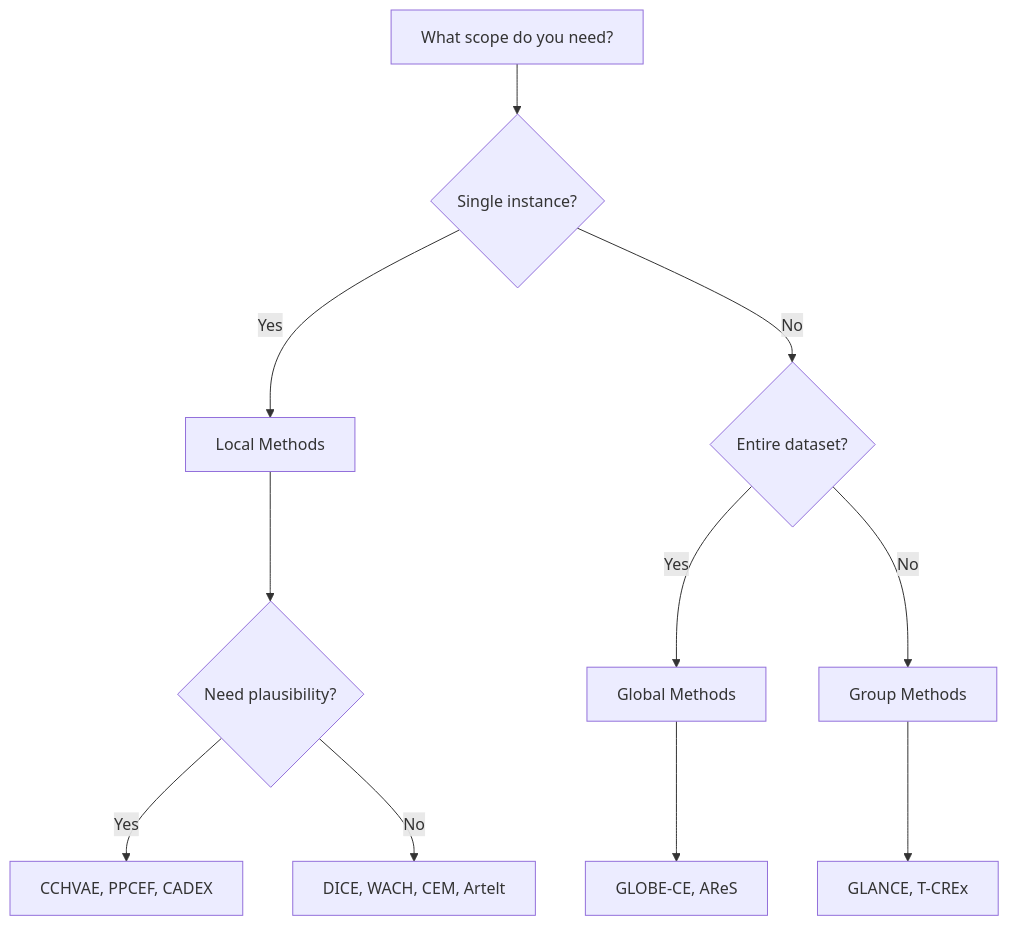
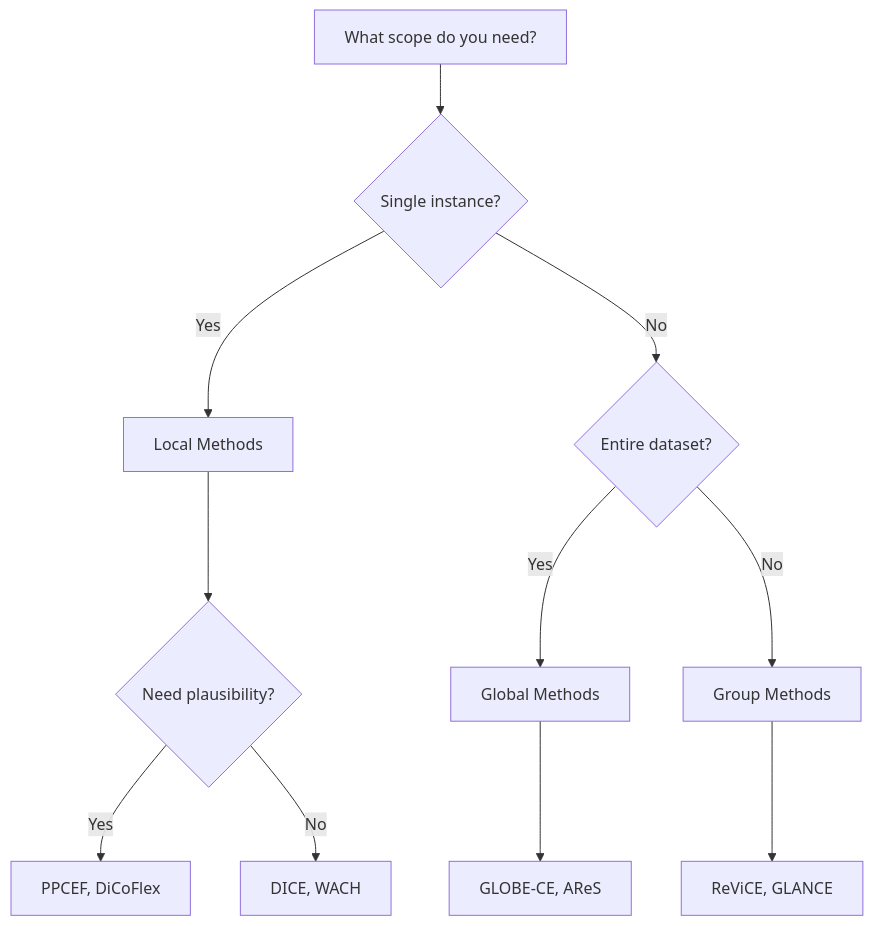
One commit to ofurman/counterfactuals changed the diagram in docs/methods/index.md. Above: the diagram before and after it, drawn with Mermaid. The commit also changed other lines of this file and 39 other files, not shown here.

````diff
--- a/docs/methods/index.md
+++ b/docs/methods/index.md
@@ -46,15 +37,15 @@
 ```mermaid
 flowchart TD
     A[What scope do you need?] --> B{Single instance?}
     B -->|Yes| C[Local Methods]
     B -->|No| D{Entire dataset?}
     D -->|Yes| E[Global Methods]
     D -->|No| F[Group Methods]
 
     C --> G{Need plausibility?}
-    G -->|Yes| H[CCHVAE, PPCEF, CADEX]
-    G -->|No| I[DICE, WACH, CEM, Artelt]
+    G -->|Yes| H[PPCEF, DiCoFlex]
+    G -->|No| I[DICE, WACH]
 
     E --> J[GLOBE-CE, AReS]
-    F --> K[GLANCE, T-CREx]
+    F --> K[ReViCE, GLANCE]
 ```
````
